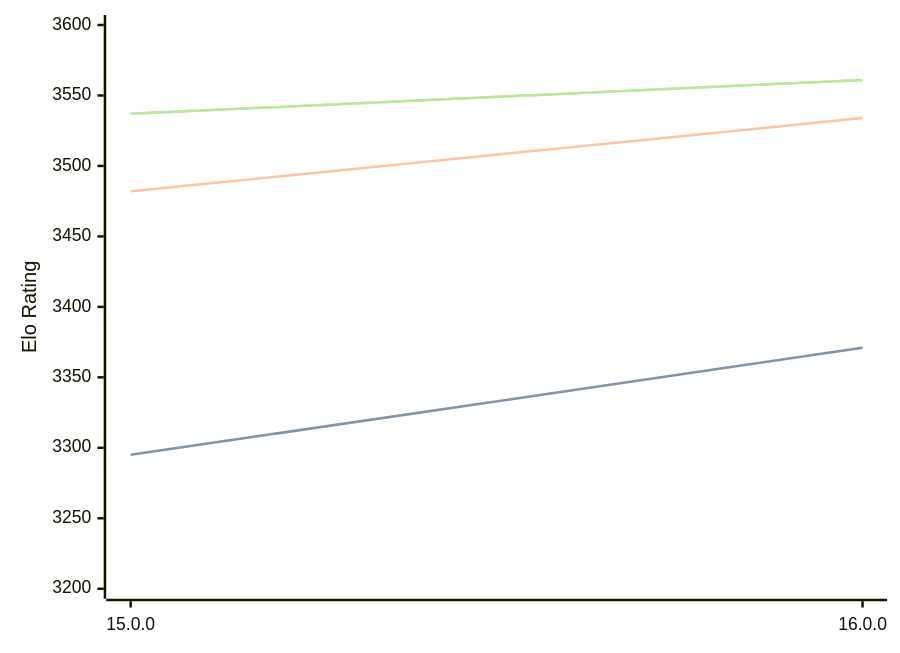
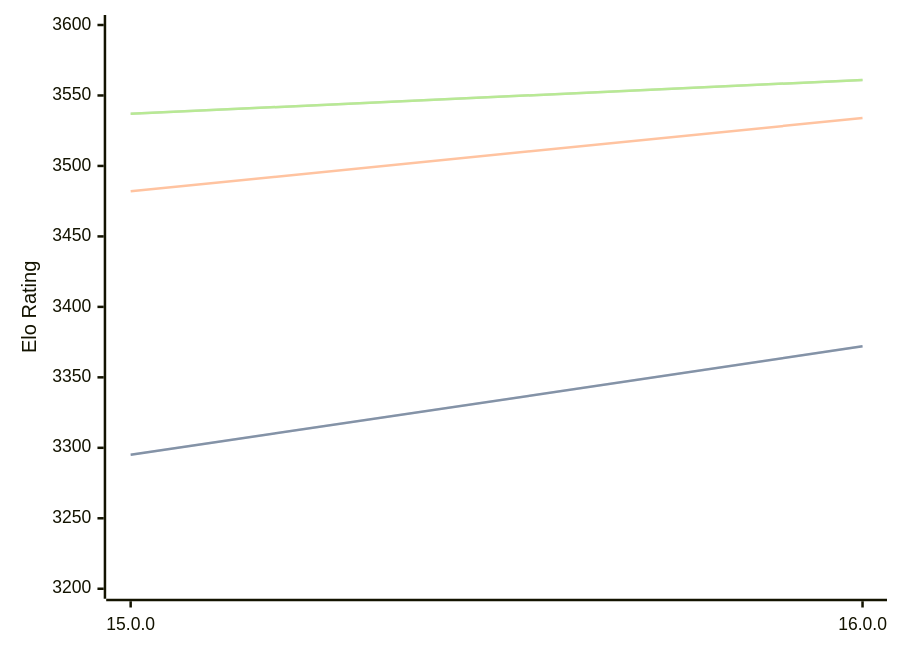
Before and after one commit to computer-chess-index/cci: the diagram in engines/Halogen.md, drawn with Mermaid. The commit also changed other lines of this file, not shown here.

````diff
--- a/engines/Halogen.md
+++ b/engines/Halogen.md
@@ -32,11 +32,11 @@
 ```mermaid
 %%{init: {"theme":"base","themeVariables":{"seriesColors:['#a3a3a3','#222221','#faa371']}}}%%
 xychart-beta
   x-axis ["15.0.0", "16.0.0"]
   y-axis "Elo Rating" 3200 --> 3600
-  line "" [3295, 3371]
-  line "STC (8.0+0.08s)" [3295, 3371]
+  line "" [3295, 3372]
+  line "STC (8.0+0.08s)" [3295, 3372]
   line "LTC (60.0+0.60s)" [3482, 3534]
   line "" [3537, 3561]
   line "VLTC (2m24s+1.12s)" [3537, 3561]
 ```
````
